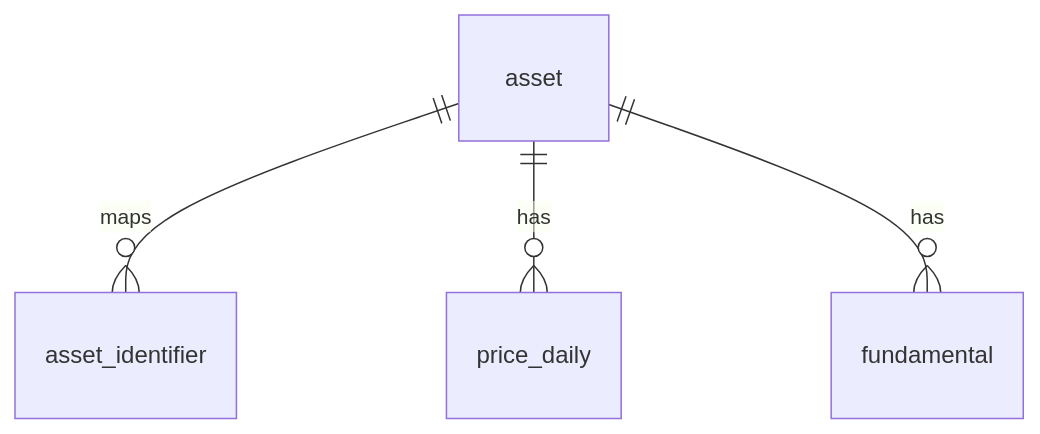
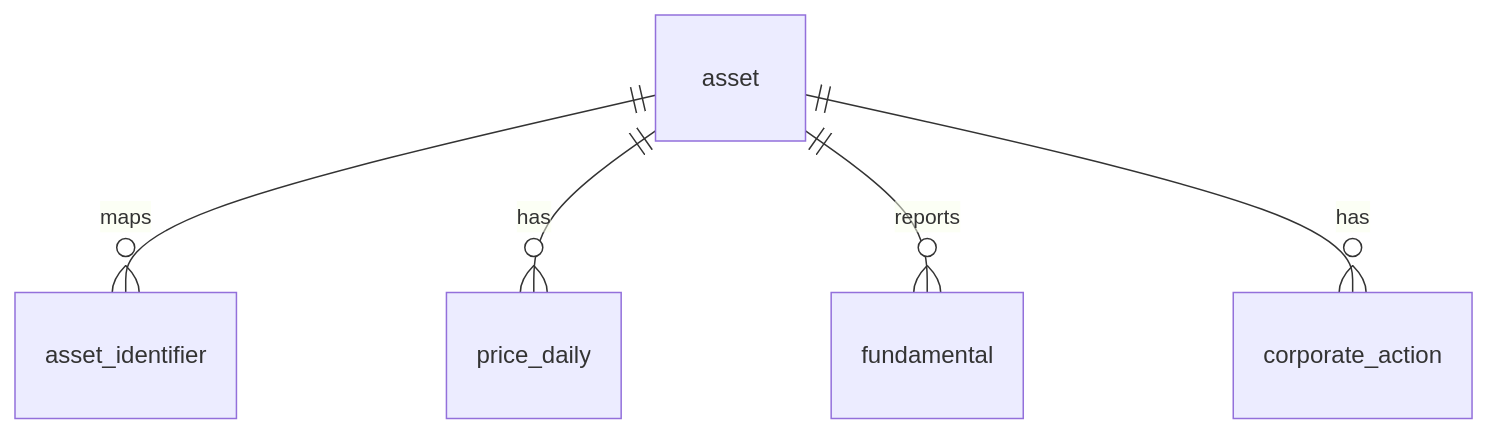
One commit to 2stshine/TeamAlpha-data changed the diagram in schema_tables.md. Above: the diagram before and after it, drawn with Mermaid. The commit also changed other lines of this file and 34 other files, not shown here.

````diff
--- a/schema_tables.md
+++ b/schema_tables.md
@@ -8,6 +7,7 @@
 ```mermaid
 erDiagram
     asset ||--o{ asset_identifier : maps
     asset ||--o{ price_daily : has
-    asset ||--o{ fundamental : has
+    asset ||--o{ fundamental : reports
+    asset ||--o{ corporate_action : has
 ```
````
